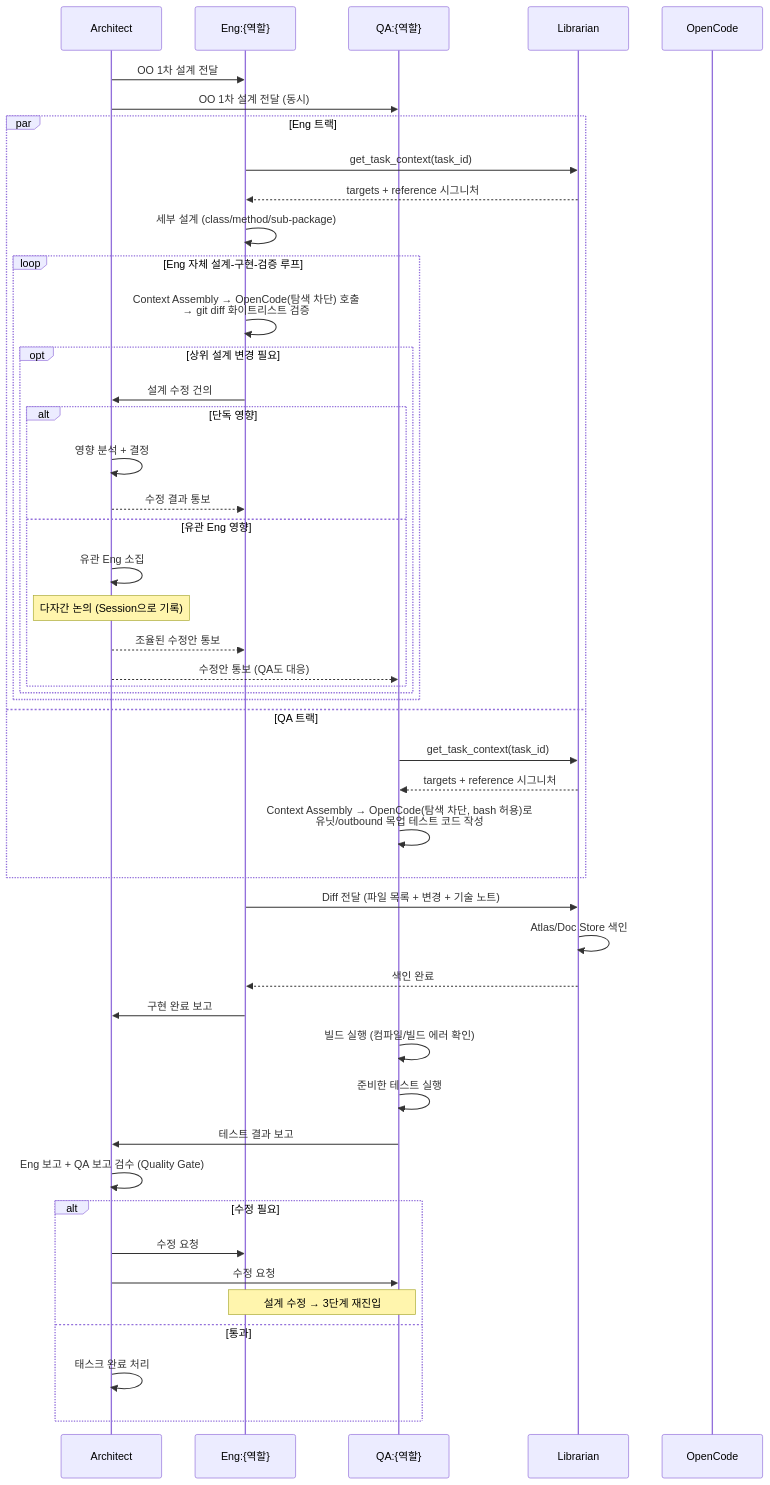
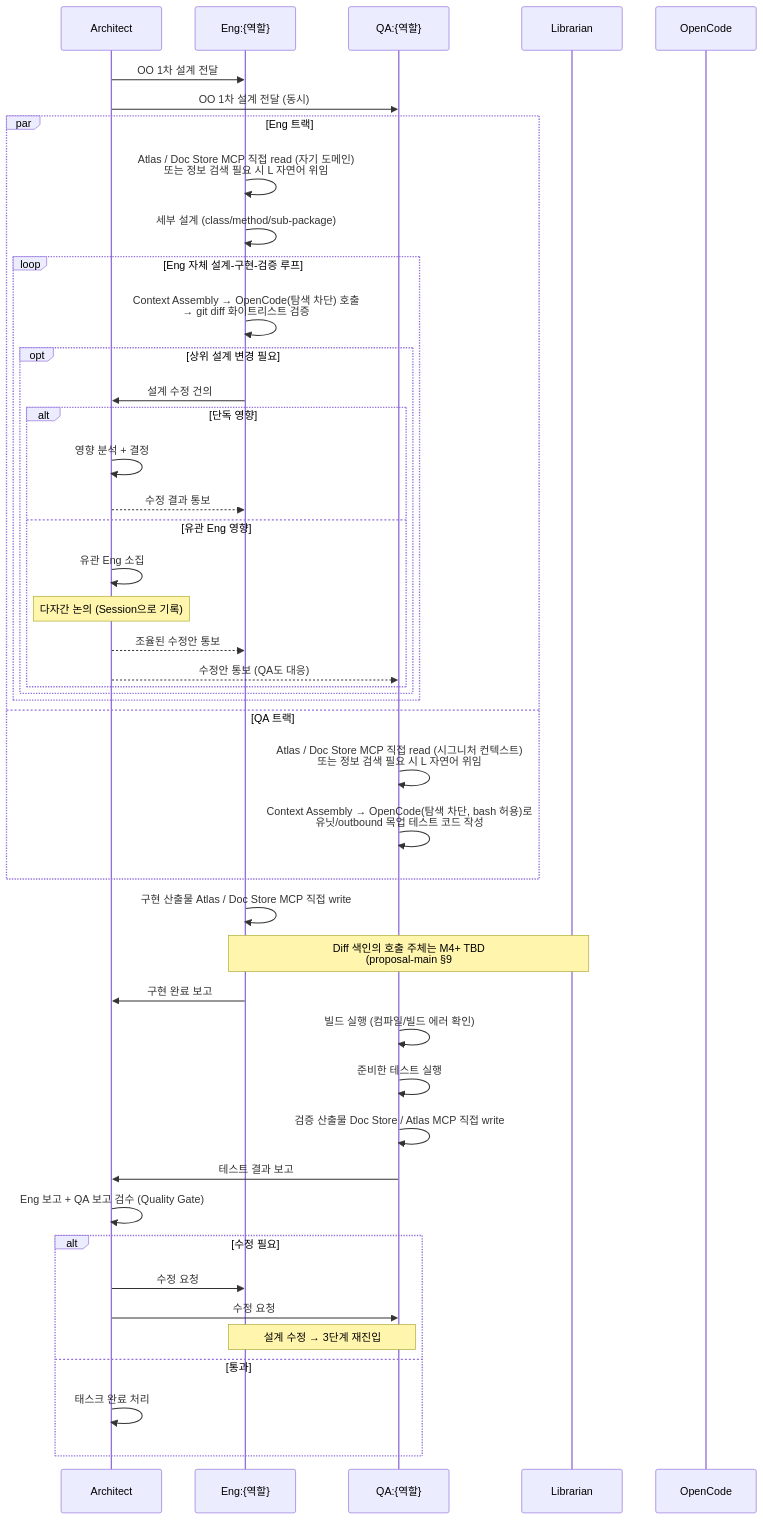
One commit to vonkernel/dev-team changed the second of 2 diagrams in docs/proposal/workflow.md. Above: the diagram before and after it, drawn with Mermaid. The commit also changed other lines of this file and 2 other files, not shown here.

First line of the commit message:
docs(proposal): §3 / §5 / §10 stale reference 정리 — 분담 모델 일관성 (#66)

````diff
--- a/docs/proposal/workflow.md
+++ b/docs/proposal/workflow.md
@@ -67,55 +69,53 @@
 ```mermaid
 sequenceDiagram
     participant A as Architect
     participant Eng as Eng:{역할}
     participant QA as QA:{역할}
     participant L as Librarian
     participant OC as OpenCode
 
     A->>Eng: OO 1차 설계 전달
     A->>QA: OO 1차 설계 전달 (동시)
 
     par Eng 트랙
-        Eng->>L: get_task_context(task_id)
-        L-->>Eng: targets + reference 시그니처
+        Eng->>Eng: Atlas / Doc Store MCP 직접 read (자기 도메인)<br/>또는 정보 검색 필요 시 L 자연어 위임
         Eng->>Eng: 세부 설계 (class/method/sub-package)
         loop Eng 자체 설계-구현-검증 루프
             Eng->>Eng: Context Assembly → OpenCode(탐색 차단) 호출<br/>→ git diff 화이트리스트 검증
 
             opt 상위 설계 변경 필요
                 Eng->>A: 설계 수정 건의
                 alt 단독 영향
                     A->>A: 영향 분석 + 결정
                     A-->>Eng: 수정 결과 통보
                 else 유관 Eng 영향
                     A->>A: 유관 Eng 소집
                     Note over A: 다자간 논의 (Session으로 기록)
                     A-->>Eng: 조율된 수정안 통보
                     A-->>QA: 수정안 통보 (QA도 대응)
                 end
             end
         end
     and QA 트랙
-        QA->>L: get_task_context(task_id)
-        L-->>QA: targets + reference 시그니처
+        QA->>QA: Atlas / Doc Store MCP 직접 read (시그니처 컨텍스트)<br/>또는 정보 검색 필요 시 L 자연어 위임
         QA->>QA: Context Assembly → OpenCode(탐색 차단, bash 허용)로<br/>유닛/outbound 목업 테스트 코드 작성
     end
 
-    Eng->>L: Diff 전달 (파일 목록 + 변경 + 기술 노트)
-    L->>L: Atlas/Doc Store 색인
-    L-->>Eng: 색인 완료
+    Eng->>Eng: 구현 산출물 Atlas / Doc Store MCP 직접 write
+    Note over Eng,L: Diff 색인의 호출 주체는 M4+ TBD<br/>(proposal-main §9 #15)
     Eng->>A: 구현 완료 보고
 
     QA->>QA: 빌드 실행 (컴파일/빌드 에러 확인)
     QA->>QA: 준비한 테스트 실행
+    QA->>QA: 검증 산출물 Doc Store / Atlas MCP 직접 write
     QA->>A: 테스트 결과 보고
 
     A->>A: Eng 보고 + QA 보고 검수 (Quality Gate)
     alt 수정 필요
         A->>Eng: 수정 요청
         A->>QA: 수정 요청
         Note over Eng,QA: 설계 수정 → 3단계 재진입
     else 통과
         A->>A: 태스크 완료 처리
     end
 ```
````
